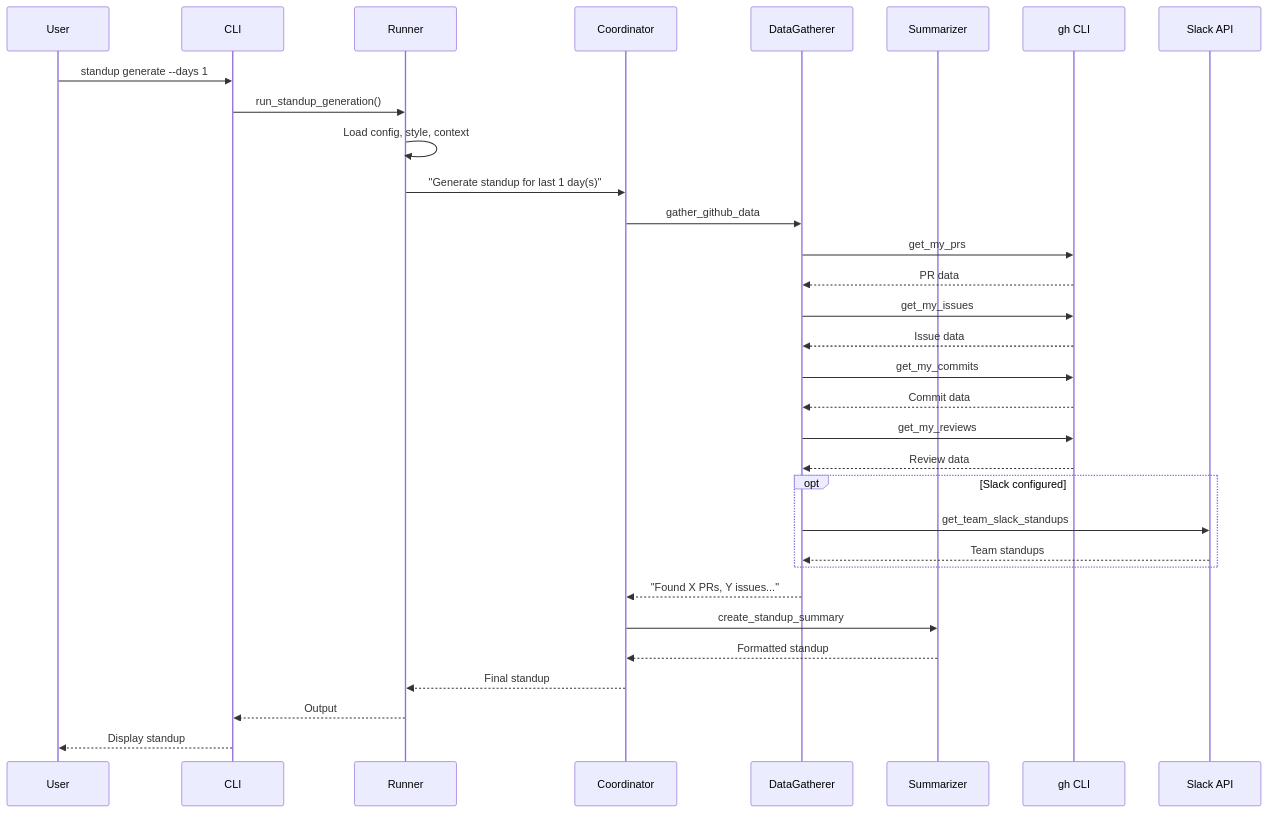
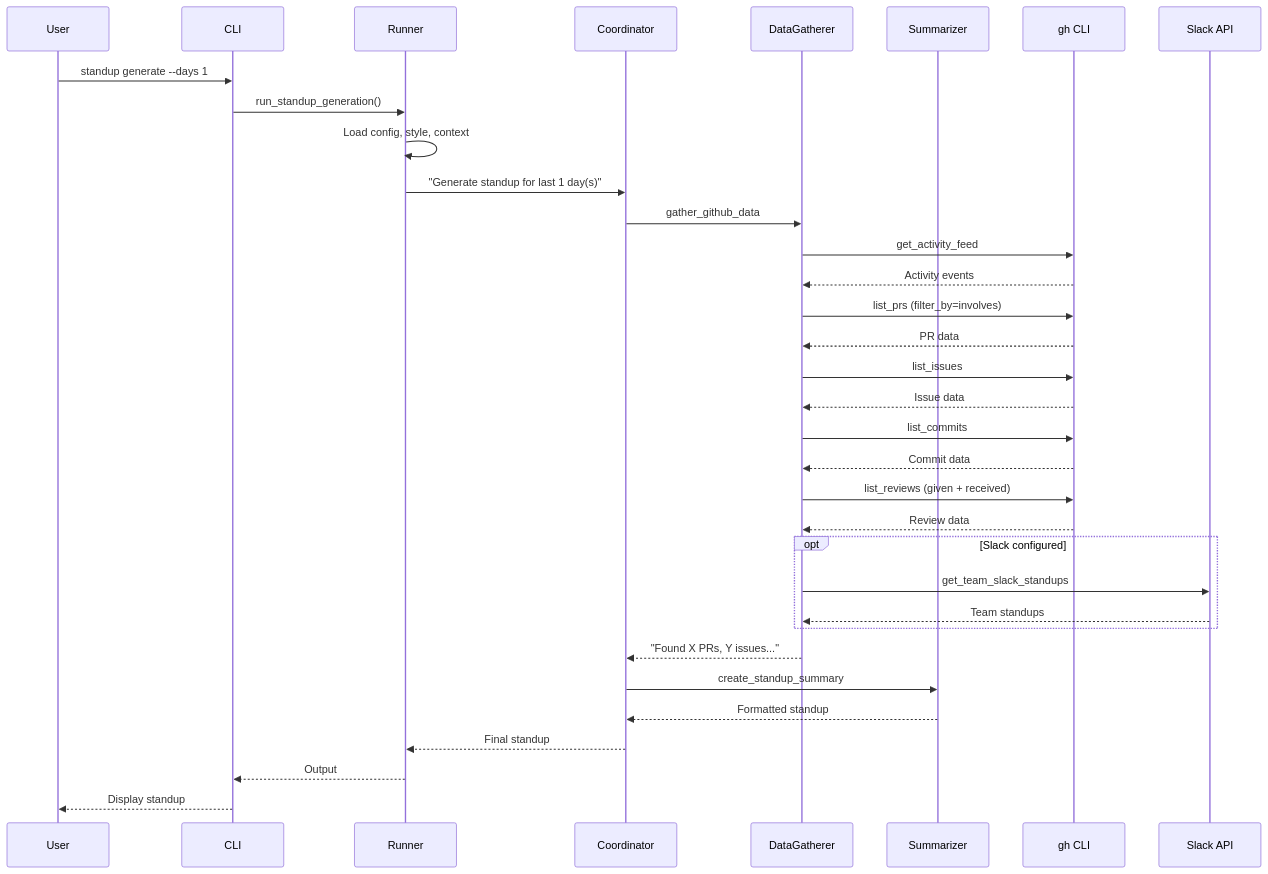
Before and after one commit to andrewm4894/github-standup-agent: the third of 8 diagrams in ARCHITECTURE.md, drawn with Mermaid. The commit also changed other lines of this file and 1 other file, not shown here.

First line of the commit message:
docs: update architecture and tool documentation

````diff
--- a/ARCHITECTURE.md
+++ b/ARCHITECTURE.md
@@ -116,40 +116,42 @@
 ```mermaid
 sequenceDiagram
     participant User
     participant CLI
     participant Runner
     participant Coordinator
     participant DataGatherer
     participant Summarizer
     participant GitHub as gh CLI
     participant Slack as Slack API
 
     User->>CLI: standup generate --days 1
     CLI->>Runner: run_standup_generation()
     Runner->>Runner: Load config, style, context
     Runner->>Coordinator: "Generate standup for last 1 day(s)"
 
     Coordinator->>DataGatherer: gather_github_data
-    DataGatherer->>GitHub: get_my_prs
+    DataGatherer->>GitHub: get_activity_feed
+    GitHub-->>DataGatherer: Activity events
+    DataGatherer->>GitHub: list_prs (filter_by=involves)
     GitHub-->>DataGatherer: PR data
-    DataGatherer->>GitHub: get_my_issues
+    DataGatherer->>GitHub: list_issues
     GitHub-->>DataGatherer: Issue data
-    DataGatherer->>GitHub: get_my_commits
+    DataGatherer->>GitHub: list_commits
     GitHub-->>DataGatherer: Commit data
-    DataGatherer->>GitHub: get_my_reviews
+    DataGatherer->>GitHub: list_reviews (given + received)
     GitHub-->>DataGatherer: Review data
 
     opt Slack configured
         DataGatherer->>Slack: get_team_slack_standups
         Slack-->>DataGatherer: Team standups
     end
 
     DataGatherer-->>Coordinator: "Found X PRs, Y issues..."
 
     Coordinator->>Summarizer: create_standup_summary
     Summarizer-->>Coordinator: Formatted standup
 
     Coordinator-->>Runner: Final standup
     Runner-->>CLI: Output
     CLI-->>User: Display standup
 ```
````
